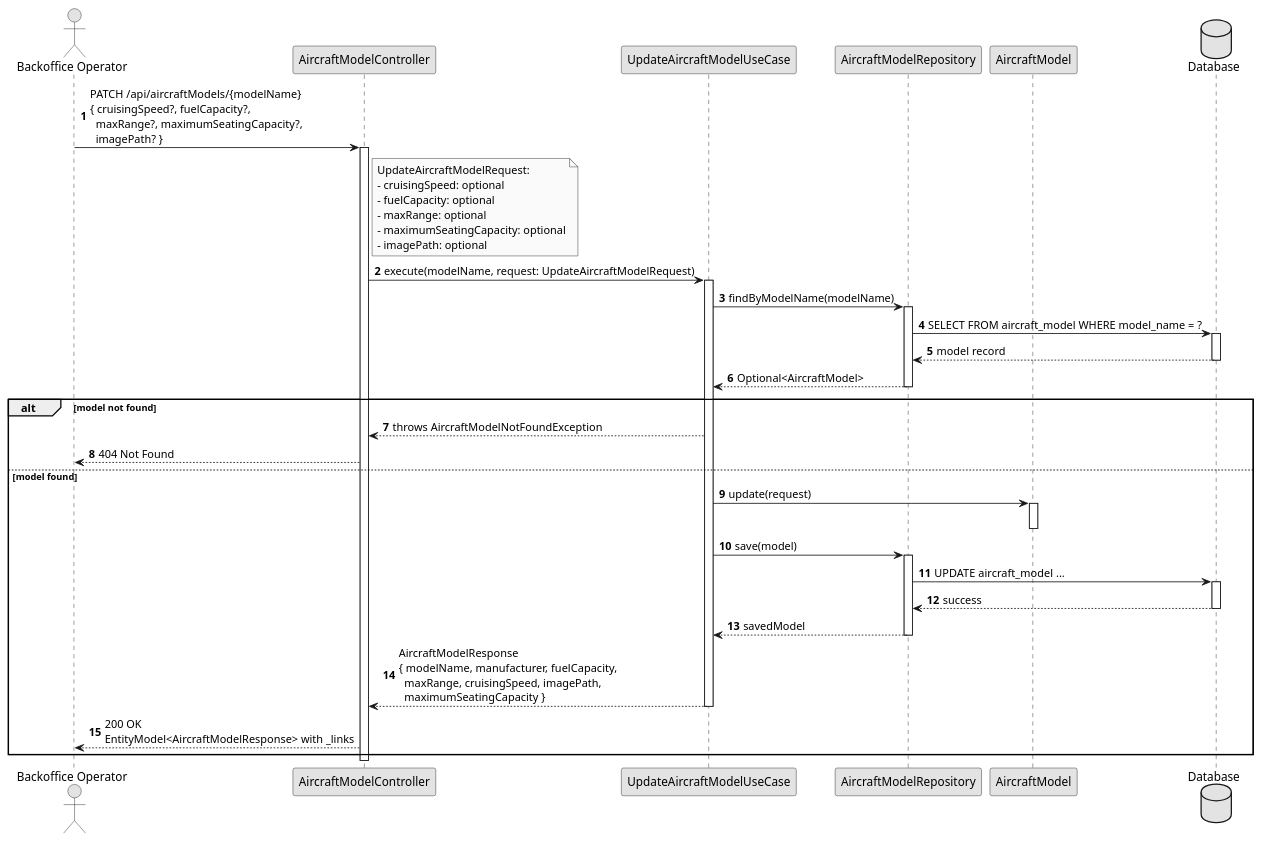
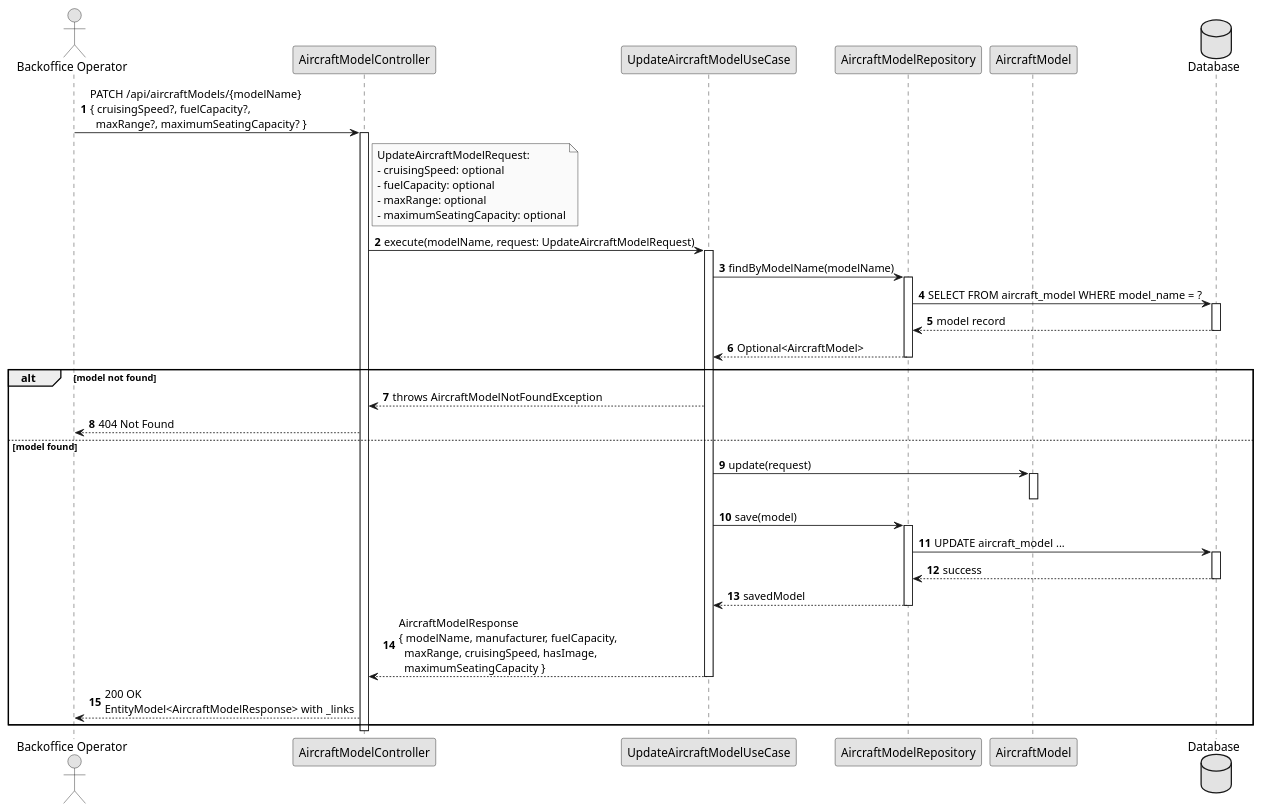
Before and after one commit to VascoMagolo/psoft_1231562_1241692_1242036_2db: the diagram in docs/system-documentation/use-cases/WP1B/US201/puml/sd_us201.puml, drawn with PlantUML. The commit also changed 101 other files, not shown here.

First line of the commit message:
docs: update diagrams, READMEs, and global artifacts

```diff
--- a/docs/system-documentation/use-cases/WP1B/US201/puml/sd_us201.puml
+++ b/docs/system-documentation/use-cases/WP1B/US201/puml/sd_us201.puml
@@ -1,59 +1,58 @@
 @startuml sd_us201
 autonumber
 skinparam monochrome true
 skinparam packageStyle rect
 skinparam shadowing false
 
 actor "Backoffice Operator" as BO
 participant "AircraftModelController" as Ctrl
 participant "UpdateAircraftModelUseCase" as UC
 participant "AircraftModelRepository" as Repo
 participant "AircraftModel" as Model
 database "Database" as DB
 
-BO -> Ctrl : PATCH /api/aircraftModels/{modelName}\n{ cruisingSpeed?, fuelCapacity?,\n  maxRange?, maximumSeatingCapacity?,\n  imagePath? }
+BO -> Ctrl : PATCH /api/aircraftModels/{modelName}\n{ cruisingSpeed?, fuelCapacity?,\n  maxRange?, maximumSeatingCapacity? }
 activate Ctrl
 
 note right of Ctrl
   UpdateAircraftModelRequest:
   - cruisingSpeed: optional
   - fuelCapacity: optional
   - maxRange: optional
   - maximumSeatingCapacity: optional
-  - imagePath: optional
 end note
 
 Ctrl -> UC : execute(modelName, request: UpdateAircraftModelRequest)
 activate UC
 
 UC -> Repo : findByModelName(modelName)
 activate Repo
 Repo -> DB : SELECT FROM aircraft_model WHERE model_name = ?
 activate DB
 DB --> Repo : model record
 deactivate DB
 Repo --> UC : Optional<AircraftModel>
 deactivate Repo
 
 alt model not found
     UC --> Ctrl : throws AircraftModelNotFoundException
     Ctrl --> BO : 404 Not Found
 else model found
     UC -> Model : update(request)
     activate Model
     deactivate Model
     UC -> Repo : save(model)
     activate Repo
     Repo -> DB : UPDATE aircraft_model ...
     activate DB
     DB --> Repo : success
     deactivate DB
     Repo --> UC : savedModel
     deactivate Repo
-    UC --> Ctrl : AircraftModelResponse\n{ modelName, manufacturer, fuelCapacity,\n  maxRange, cruisingSpeed, imagePath,\n  maximumSeatingCapacity }
+    UC --> Ctrl : AircraftModelResponse\n{ modelName, manufacturer, fuelCapacity,\n  maxRange, cruisingSpeed, hasImage,\n  maximumSeatingCapacity }
     deactivate UC
     Ctrl --> BO : 200 OK\nEntityModel<AircraftModelResponse> with _links
 end
 
 deactivate Ctrl
 @enduml
```
